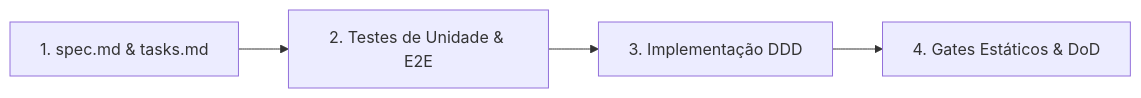
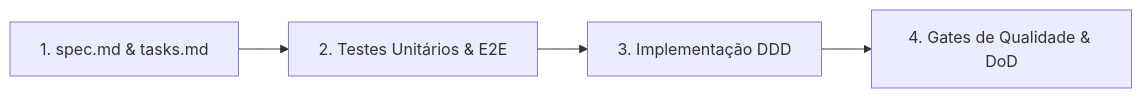
The diagram in docs/architecture.md (thalisonwilker/neo), drawn with Mermaid before and after one commit. The commit also changed other lines of this file and 13 other files, not shown here.

````diff
--- a/docs/architecture.md
+++ b/docs/architecture.md
@@ -30,6 +34,6 @@
 ```mermaid
 graph LR
-    Spec["1. spec.md & tasks.md"] --> Testes["2. Testes de Unidade & E2E"]
+    Spec["1. spec.md & tasks.md"] --> Testes["2. Testes Unitários & E2E"]
     Testes --> Codigo["3. Implementação DDD"]
-    Codigo --> Gates["4. Gates Estáticos & DoD"]
+    Codigo --> Gates["4. Gates de Qualidade & DoD"]
 ```
````
